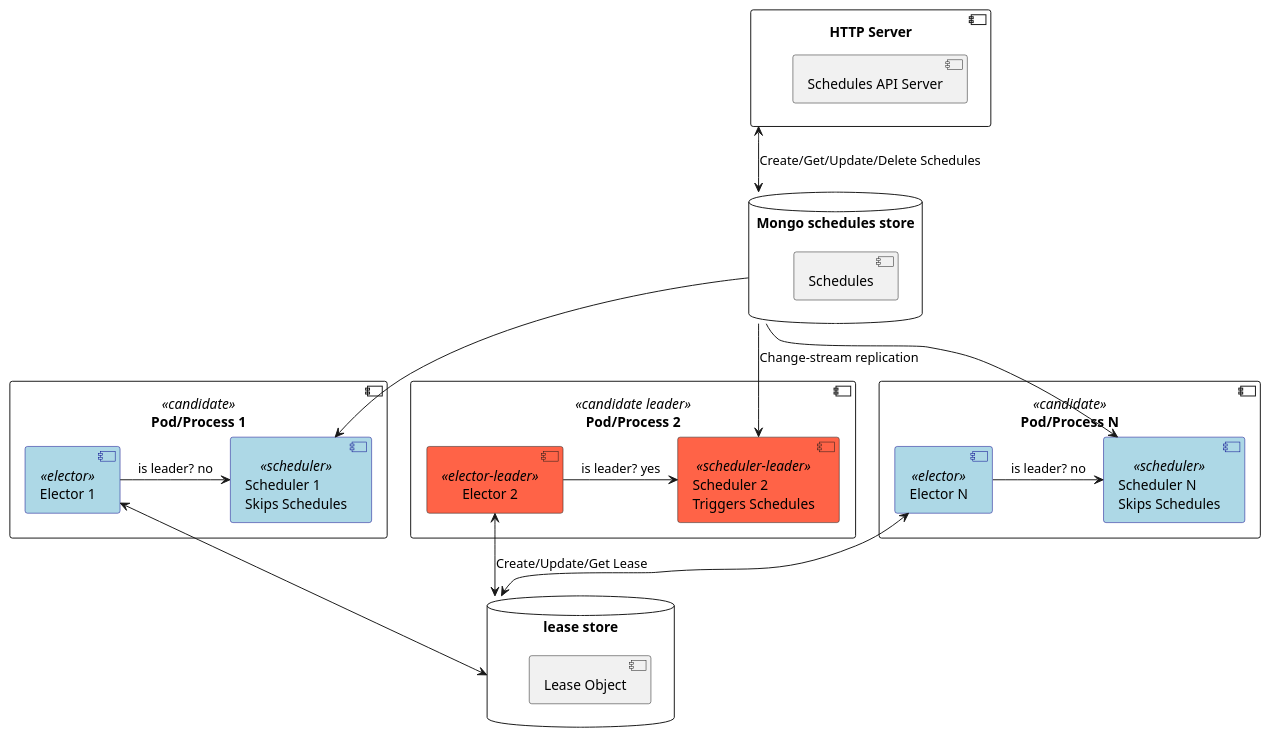
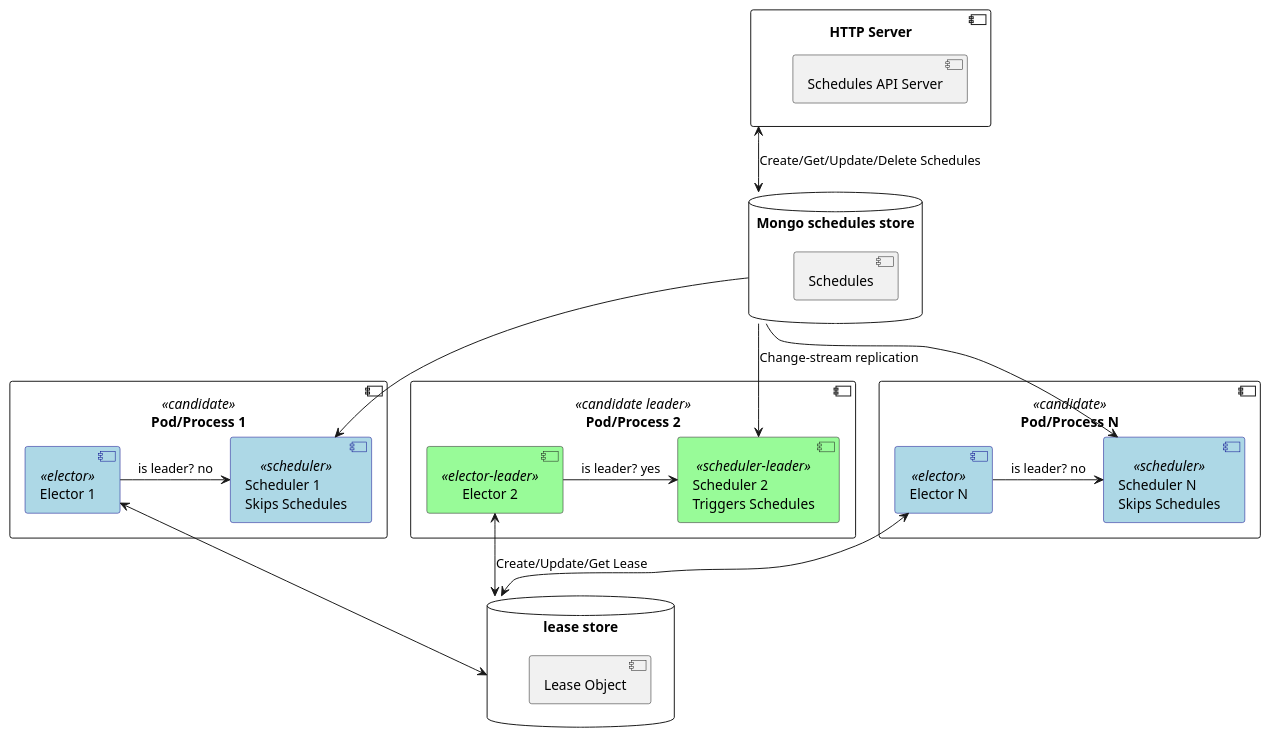
Before and after one commit to rbroggi/hascheduler: the diagram in hascheduler.puml, drawn with PlantUML. The commit also changed 1 other file, not shown here.

Commit message:
update hascheduler UML diagram to change background colors for leader components

```diff
--- a/hascheduler.puml
+++ b/hascheduler.puml
@@ -1,59 +1,59 @@
 @startuml
 
 skinparam component {
   BackgroundColor<<elector>> LightBlue
   BorderColor<<elector>> DarkBlue
   BackgroundColor<<scheduler>> LightBlue
   BorderColor<<scheduler>> DarkBlue
-  BackgroundColor<<scheduler-leader>> Tomato
-  BackgroundColor<<elector-leader>> Tomato
+  BackgroundColor<<scheduler-leader>> PaleGreen
+  BackgroundColor<<elector-leader>> PaleGreen
 }
 
 component "HTTP Server" as HTTPServer {
   [Schedules API Server] as APIServer
 }
 
 
 component "Pod/Process 1" as Pod1 <<candidate>> {
   component "Elector 1" as Elector1 <<elector>> {
   }
   component "Scheduler 1\nSkips Schedules" as Scheduler1 <<scheduler>> {
   }
   Elector1 -> Scheduler1 : is leader? no
 }
 
 component "Pod/Process 2" as Pod2 <<candidate leader>> {
   component "Elector 2" as Elector2 <<elector-leader>> {
   }
   component "Scheduler 2 \nTriggers Schedules" as Scheduler2 <<scheduler-leader>> {
   }
   Elector2 -> Scheduler2 : is leader? yes
 }
 
 component "Pod/Process N" as PodN <<candidate>> {
   component "Elector N" as ElectorN <<elector>> {
   }
   component "Scheduler N\nSkips Schedules" as SchedulerN <<scheduler>> {
   }
   ElectorN -> SchedulerN : is leader? no
 }
 
 database "lease store" as leasestore {
   [Lease Object] as Lease
 }
 
 database "Mongo schedules store" as schedulesstore {
   [Schedules]
 }
 
 HTTPServer <--> schedulesstore : Create/Get/Update/Delete Schedules
 
 schedulesstore -d-> Scheduler1
 schedulesstore -d-> Scheduler2: Change-stream replication
 schedulesstore -d-> SchedulerN
 
 Elector1 <-d-> leasestore
 Elector2 <-d-> leasestore : Create/Update/Get Lease
 ElectorN <-d-> leasestore
 
 @enduml
```
